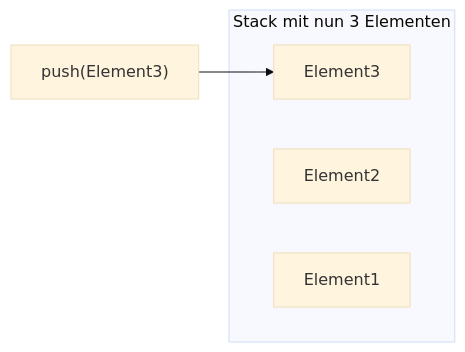
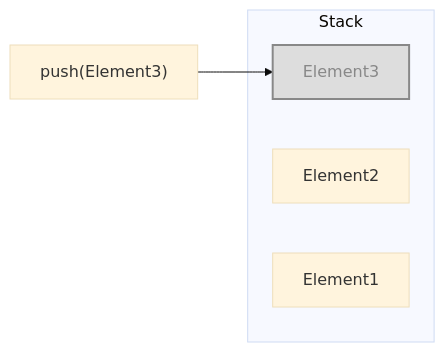
Before and after one commit to stefanmaeder/assembler: the diagram in slides/03_stack-2b.md, drawn with Mermaid (base theme). The commit also changed other lines of this file, not shown here.

````diff
--- a/slides/03_stack-2b.md
+++ b/slides/03_stack-2b.md
@@ -1,12 +5,14 @@
 ```mermaid
 flowchart LR
     push["push(Element3)"]
     
-    subgraph "Stack mit nun 3 Elementen"
+    subgraph Stack
         C["Element3"]
         B["Element2"]
         A["Element1"]
     end
     
     push --> C
+
+style C fill:#ddd,stroke:#888,color:#888,stroke-width:2px
 ```
````
